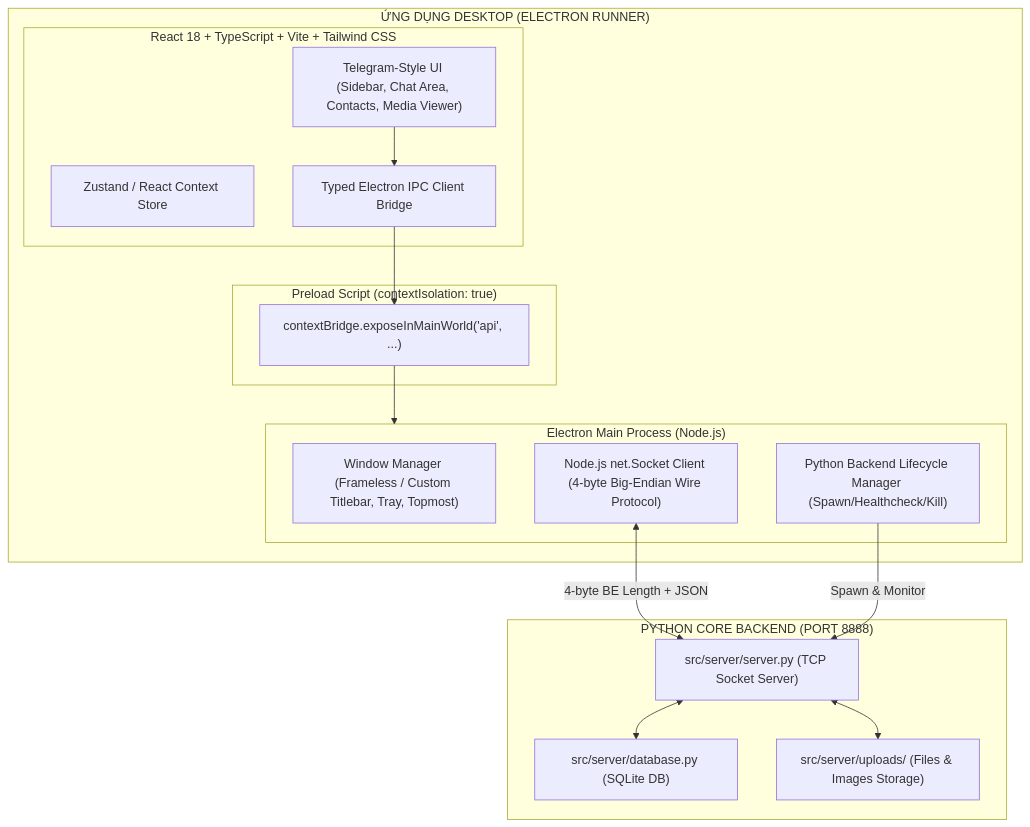
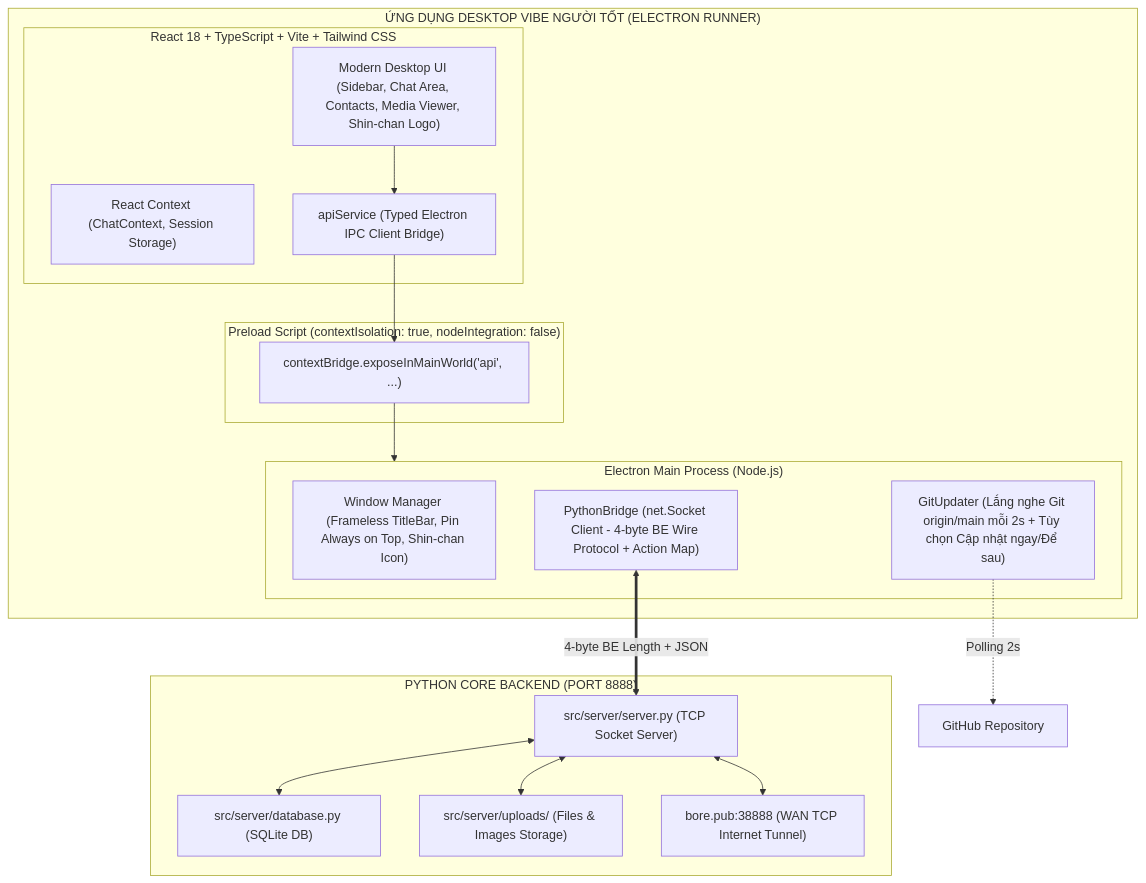
Before and after one commit to Son3333/chat-online-: the diagram in docs/MIGRATION_PLAN.md, drawn with Mermaid. The commit also changed other lines of this file and 2 other files, not shown here.

Commit message:
docs: update comprehensive graduation project report, migration results and README with Shin-chan branding and all-in-one automation

````diff
--- a/docs/MIGRATION_PLAN.md
+++ b/docs/MIGRATION_PLAN.md
@@ -31,34 +31,36 @@
 ```mermaid
 flowchart TD
-    subgraph Electron_Desktop["ỨNG DỤNG DESKTOP (ELECTRON RUNNER)"]
+    subgraph DesktopApp["ỨNG DỤNG DESKTOP VIBE NGƯỜI TỐT (ELECTRON RUNNER)"]
         subgraph Renderer["React 18 + TypeScript + Vite + Tailwind CSS"]
-            UI["Telegram-Style UI (Sidebar, Chat Area, Contacts, Media Viewer)"]
-            Store["Zustand / React Context Store"]
-            API_Client["Typed Electron IPC Client Bridge"]
+            UI["Modern Desktop UI (Sidebar, Chat Area, Contacts, Media Viewer, Shin-chan Logo)"]
+            ContextStore["React Context (ChatContext, Session Storage)"]
+            API_Client["apiService (Typed Electron IPC Client Bridge)"]
         end
 
-        subgraph Preload["Preload Script (contextIsolation: true)"]
+        subgraph Preload["Preload Script (contextIsolation: true, nodeIntegration: false)"]
             ContextBridge["contextBridge.exposeInMainWorld('api', ...)"]
         end
 
         subgraph MainProcess["Electron Main Process (Node.js)"]
-            WindowManager["Window Manager (Frameless / Custom Titlebar, Tray, Topmost)"]
-            PythonLifecycle["Python Backend Lifecycle Manager (Spawn/Healthcheck/Kill)"]
-            TCPClient["Node.js net.Socket Client (4-byte Big-Endian Wire Protocol)"]
+            WindowManager["Window Manager (Frameless TitleBar, Pin Always on Top, Shin-chan Icon)"]
+            PythonBridge["PythonBridge (net.Socket Client - 4-byte BE Wire Protocol + Action Map)"]
+            GitUpdater["GitUpdater (Lắng nghe Git origin/main mỗi 2s + Tùy chọn Cập nhật ngay/Để sau)"]
         end
     end
 
     subgraph PythonBackend["PYTHON CORE BACKEND (PORT 8888)"]
         Server["src/server/server.py (TCP Socket Server)"]
         DB["src/server/database.py (SQLite DB)"]
         Uploads["src/server/uploads/ (Files & Images Storage)"]
+        Tunnel["bore.pub:38888 (WAN TCP Internet Tunnel)"]
     end
 
     UI --> API_Client
     API_Client --> ContextBridge
     ContextBridge --> MainProcess
-    TCPClient <-->|4-byte BE Length + JSON| Server
-    PythonLifecycle -->|Spawn & Monitor| Server
+    PythonBridge <==>|4-byte BE Length + JSON| Server
+    GitUpdater -.->|Polling 2s| GitHub[GitHub Repository]
     Server <--> DB
     Server <--> Uploads
+    Server <--> Tunnel
 ```
````
